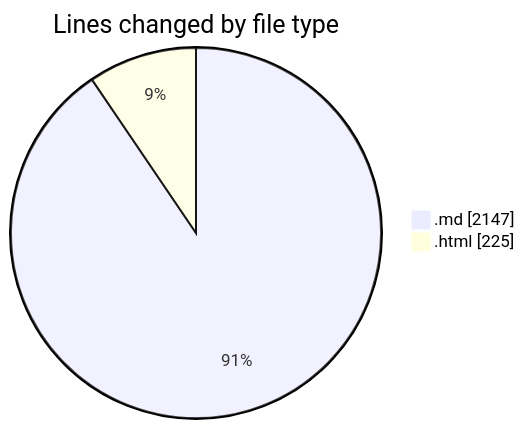
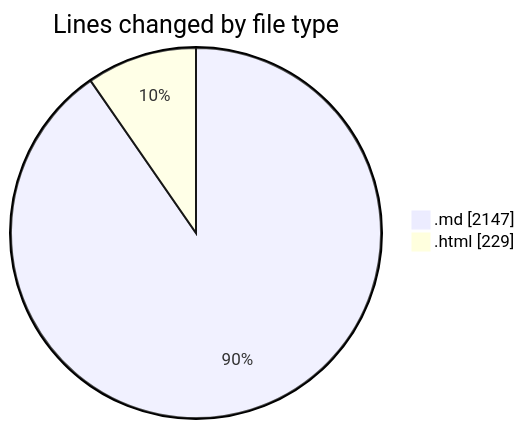
One commit to Ritupan-Deka/code-tracking changed the first of 2 diagrams in 2025-07-07/urlwebwala_intership_work/README.md. Above: the diagram before and after it, drawn with Mermaid. The commit also changed other lines of this file and 1 other file, not shown here.

````diff
--- a/2025-07-07/urlwebwala_intership_work/README.md
+++ b/2025-07-07/urlwebwala_intership_work/README.md
@@ -25,6 +25,6 @@
 ```mermaid
 pie showData
 title Lines changed by file type
 ".md" : 2147
-".html" : 225
+".html" : 229
 ```
````
